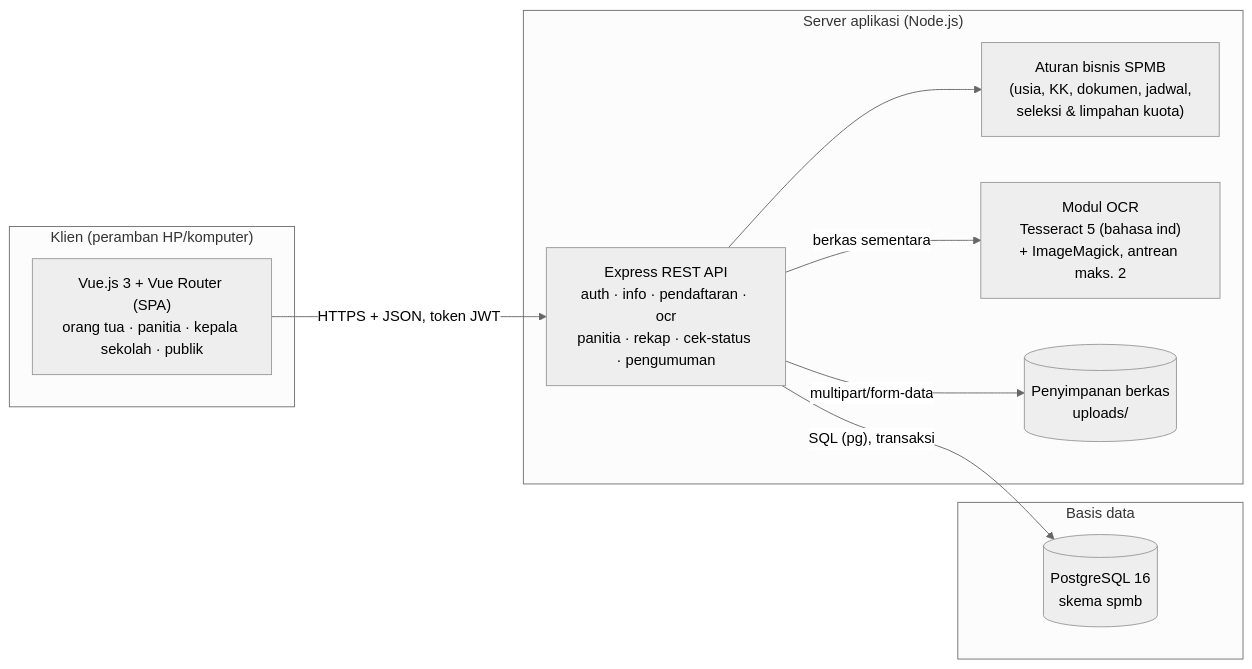
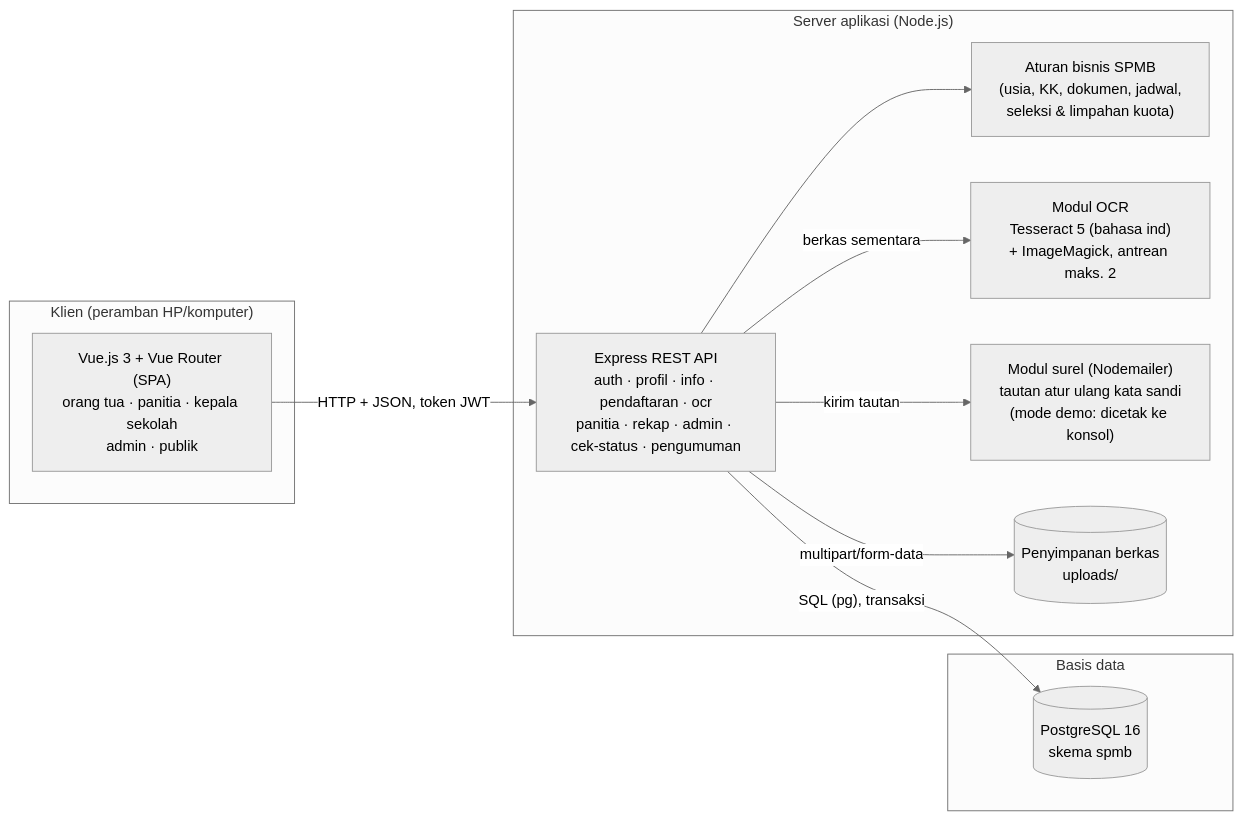
Before and after one commit to ardy919-btg/capstone-project-spmb-sdn-jatimulya-04: the diagram in docs/diagram/arsitektur.mmd, drawn with Mermaid (neutral theme). The commit also changed 17 other files, not shown here.

First line of the commit message:
Perbarui pengujian dan dokumentasi untuk fitur Admin, profil, dan reset sandi

```diff
--- a/docs/diagram/arsitektur.mmd
+++ b/docs/diagram/arsitektur.mmd
@@ -1,18 +1,20 @@
 flowchart LR
   subgraph K["Klien (peramban HP/komputer)"]
-    V["Vue.js 3 + Vue Router (SPA)<br/>orang tua · panitia · kepala sekolah · publik"]
+    V["Vue.js 3 + Vue Router (SPA)<br/>orang tua · panitia · kepala sekolah<br/>admin · publik"]
   end
   subgraph S["Server aplikasi (Node.js)"]
-    E["Express REST API<br/>auth · info · pendaftaran · ocr<br/>panitia · rekap · cek-status · pengumuman"]
+    E["Express REST API<br/>auth · profil · info · pendaftaran · ocr<br/>panitia · rekap · admin · cek-status · pengumuman"]
     R["Aturan bisnis SPMB<br/>(usia, KK, dokumen, jadwal,<br/>seleksi & limpahan kuota)"]
     O["Modul OCR<br/>Tesseract 5 (bahasa ind)<br/>+ ImageMagick, antrean maks. 2"]
+    M["Modul surel (Nodemailer)<br/>tautan atur ulang kata sandi<br/>(mode demo: dicetak ke konsol)"]
     F[("Penyimpanan berkas<br/>uploads/")]
   end
   subgraph D["Basis data"]
     P[("PostgreSQL 16<br/>skema spmb")]
   end
-  V -- "HTTPS + JSON, token JWT" --> E
+  V -- "HTTP + JSON, token JWT" --> E
   E --> R
   E -- "berkas sementara" --> O
+  E -- "kirim tautan" --> M
   E -- "multipart/form-data" --> F
   E -- "SQL (pg), transaksi" --> P
```
